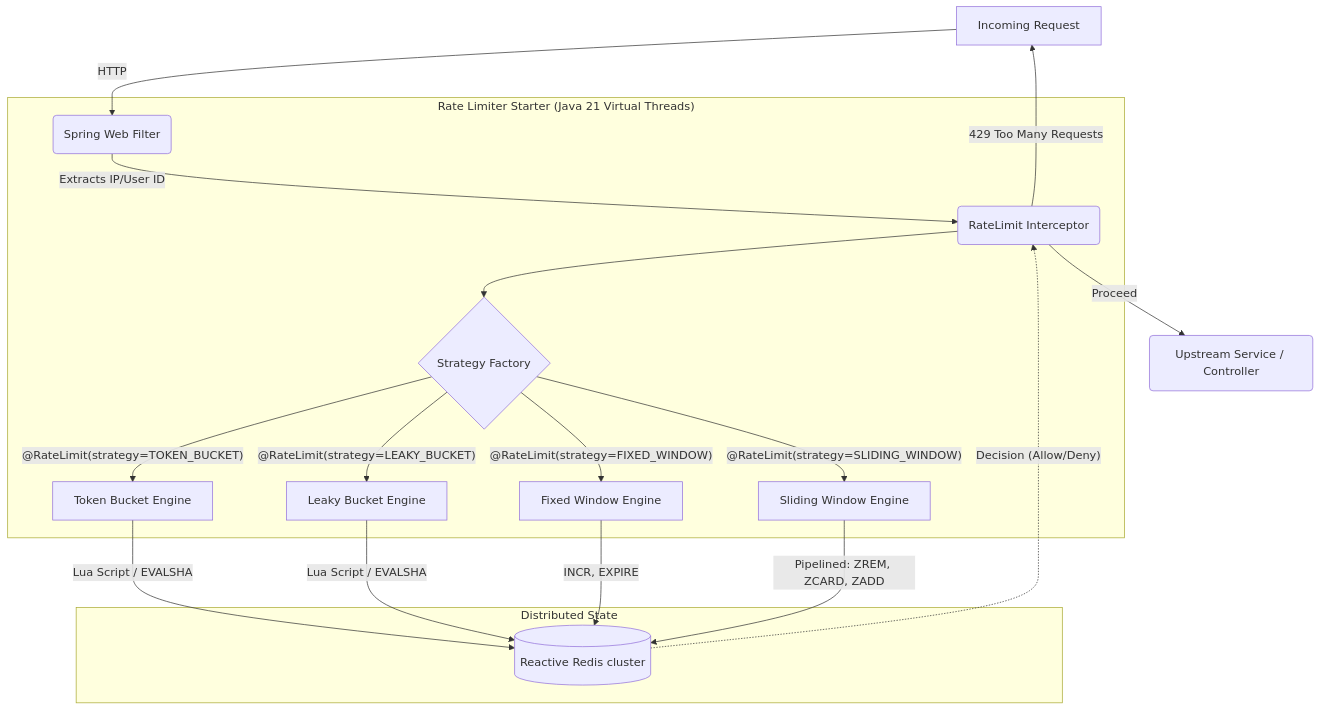
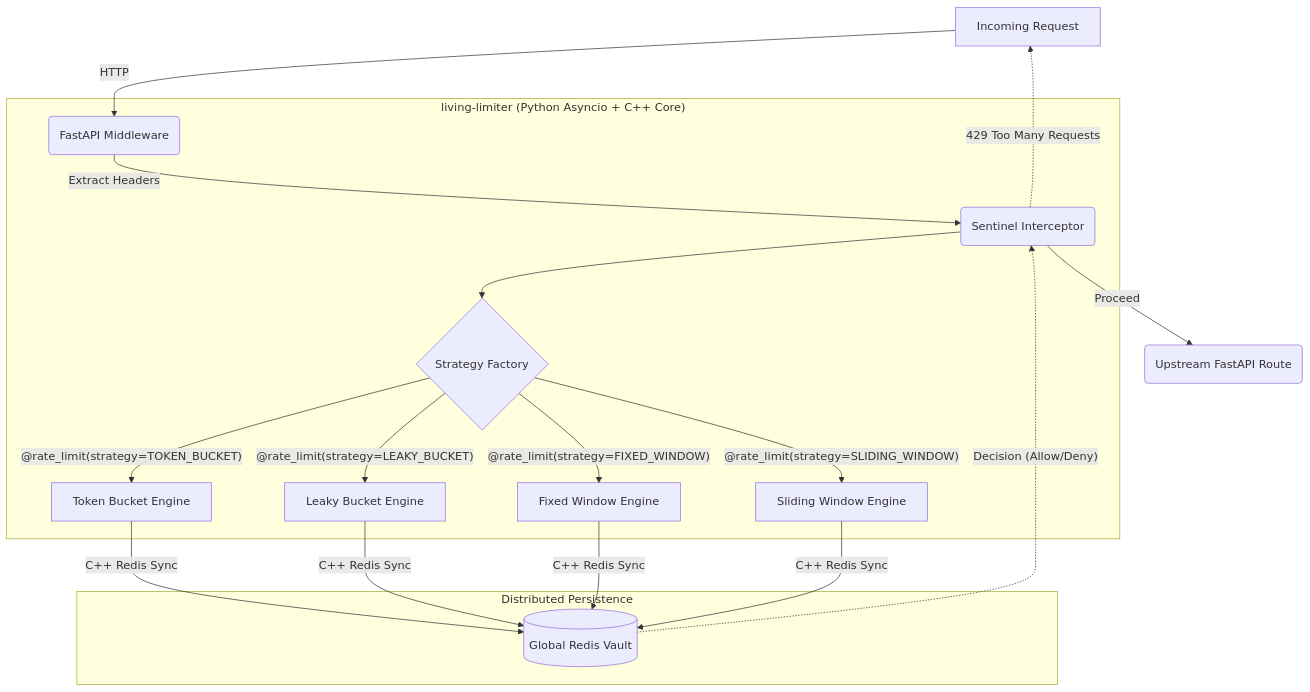
Before and after one commit to kusuridheeraj/living-lab: the diagram in docs/architecture.mmd, drawn with Mermaid. The commit also changed 1 other file, not shown here.

Commit message:
DOCS: Correct architectural components - Replace Spring/Java with FastAPI/Python Asyncio

```diff
--- a/docs/architecture.mmd
+++ b/docs/architecture.mmd
@@ -1,24 +1,24 @@
 graph TD
-    Client[Incoming Request] -->|HTTP| Gateway(Spring Web Filter)
+    Client[Incoming Request] -->|HTTP| Gateway(FastAPI Middleware)
     
-    subgraph "Rate Limiter Starter (Java 21 Virtual Threads)"
-        Gateway -->|Extracts IP/User ID| Interceptor(RateLimit Interceptor)
+    subgraph "living-limiter (Python Asyncio + C++ Core)"
+        Gateway -->|Extract Headers| Interceptor(Sentinel Interceptor)
         Interceptor --> Factory{Strategy Factory}
         
-        Factory -->|"@RateLimit(strategy=TOKEN_BUCKET)"| TB[Token Bucket Engine]
-        Factory -->|"@RateLimit(strategy=LEAKY_BUCKET)"| LB[Leaky Bucket Engine]
-        Factory -->|"@RateLimit(strategy=FIXED_WINDOW)"| FW[Fixed Window Engine]
-        Factory -->|"@RateLimit(strategy=SLIDING_WINDOW)"| SW[Sliding Window Engine]
+        Factory -->|"@rate_limit(strategy=TOKEN_BUCKET)"| TB[Token Bucket Engine]
+        Factory -->|"@rate_limit(strategy=LEAKY_BUCKET)"| LB[Leaky Bucket Engine]
+        Factory -->|"@rate_limit(strategy=FIXED_WINDOW)"| FW[Fixed Window Engine]
+        Factory -->|"@rate_limit(strategy=SLIDING_WINDOW)"| SW[Sliding Window Engine]
     end
 
-    subgraph "Distributed State"
-        TB -->|"Lua Script / EVALSHA"| Redis[(Reactive Redis cluster)]
-        LB -->|"Lua Script / EVALSHA"| Redis
-        FW -->|"INCR, EXPIRE"| Redis
-        SW -->|"Pipelined: ZREM, ZCARD, ZADD"| Redis
+    subgraph "Distributed Persistence"
+        TB -->|"C++ Redis Sync"| Redis[(Global Redis Vault)]
+        LB -->|"C++ Redis Sync"| Redis
+        FW -->|"C++ Redis Sync"| Redis
+        SW -->|"C++ Redis Sync"| Redis
     end
 
     Redis -.->|"Decision (Allow/Deny)"| Interceptor
     
-    Interceptor -->|"429 Too Many Requests"| Client
-    Interceptor -->|Proceed| Controller(Upstream Service / Controller)
+    Interceptor -.->|"429 Too Many Requests"| Client
+    Interceptor -->|Proceed| Controller(Upstream FastAPI Route)
```
